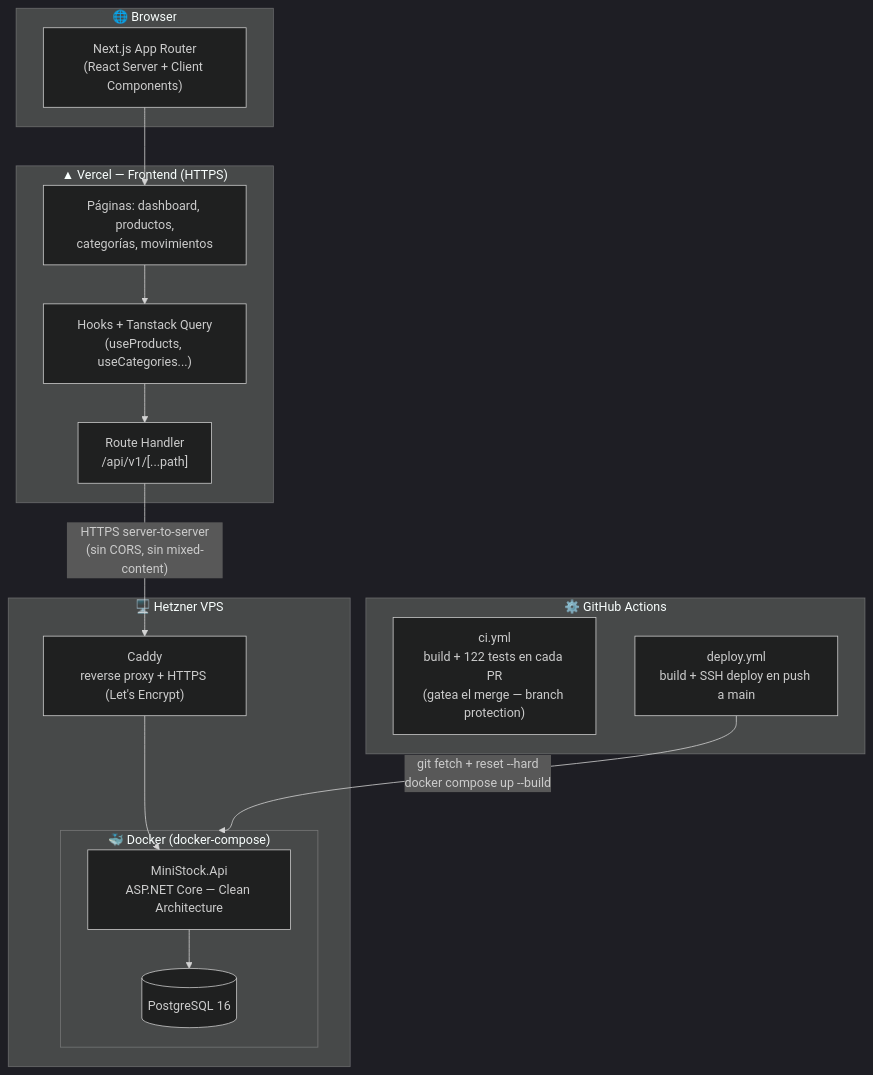
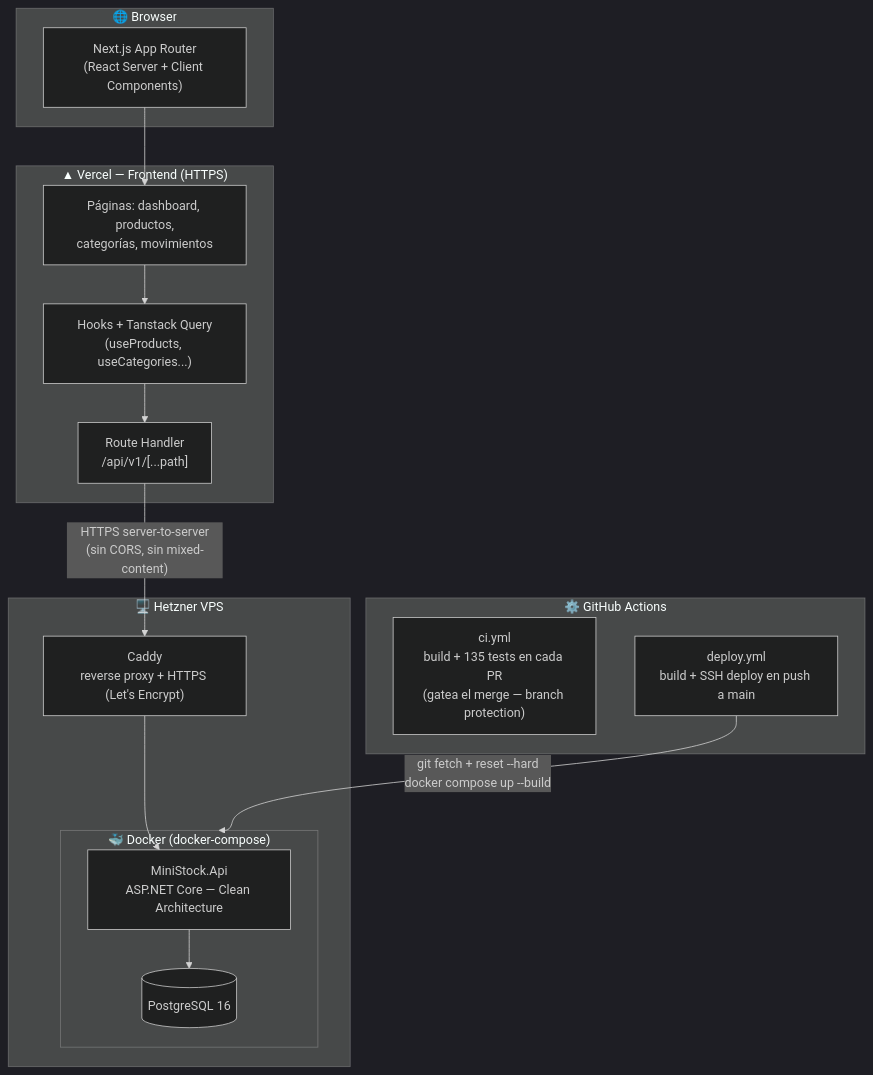
One commit to tech-marcos-rios/ministock-api changed the first of 2 diagrams in README.md. Above: the diagram before and after it, drawn with Mermaid (dark theme). The commit also changed other lines of this file and 16 other files, not shown here.

````diff
--- a/README.md
+++ b/README.md
@@ -45,31 +45,31 @@
 ```mermaid
 flowchart TB
     subgraph Browser["🌐 Browser"]
         UI["Next.js App Router\n(React Server + Client Components)"]
     end
 
     subgraph Vercel["▲ Vercel — Frontend (HTTPS)"]
         Pages["Páginas: dashboard, productos,\ncategorías, movimientos"]
         Hooks["Hooks + Tanstack Query\n(useProducts, useCategories...)"]
         Proxy["Route Handler\n/api/v1/[...path]"]
         Pages --> Hooks --> Proxy
     end
 
     subgraph Hetzner["🖥️ Hetzner VPS"]
         Caddy["Caddy\nreverse proxy + HTTPS (Let's Encrypt)"]
         subgraph Docker["🐳 Docker (docker-compose)"]
             API["MiniStock.Api\nASP.NET Core — Clean Architecture"]
             DB[("PostgreSQL 16")]
         end
         Caddy --> API --> DB
     end
 
     subgraph GHA["⚙️ GitHub Actions"]
-        CI["ci.yml\nbuild + 122 tests en cada PR\n(gatea el merge — branch protection)"]
+        CI["ci.yml\nbuild + 135 tests en cada PR\n(gatea el merge — branch protection)"]
         CD["deploy.yml\nbuild + SSH deploy en push a main"]
     end
 
     UI --> Pages
     Proxy -- "HTTPS server-to-server\n(sin CORS, sin mixed-content)" --> Caddy
     CD -- "git fetch + reset --hard\ndocker compose up --build" --> Docker
 ```
````
